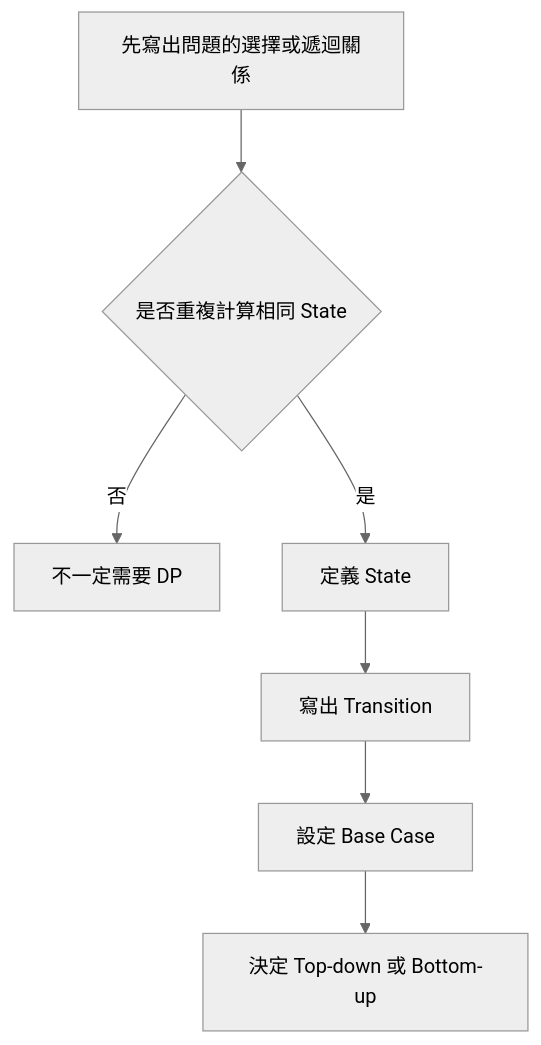
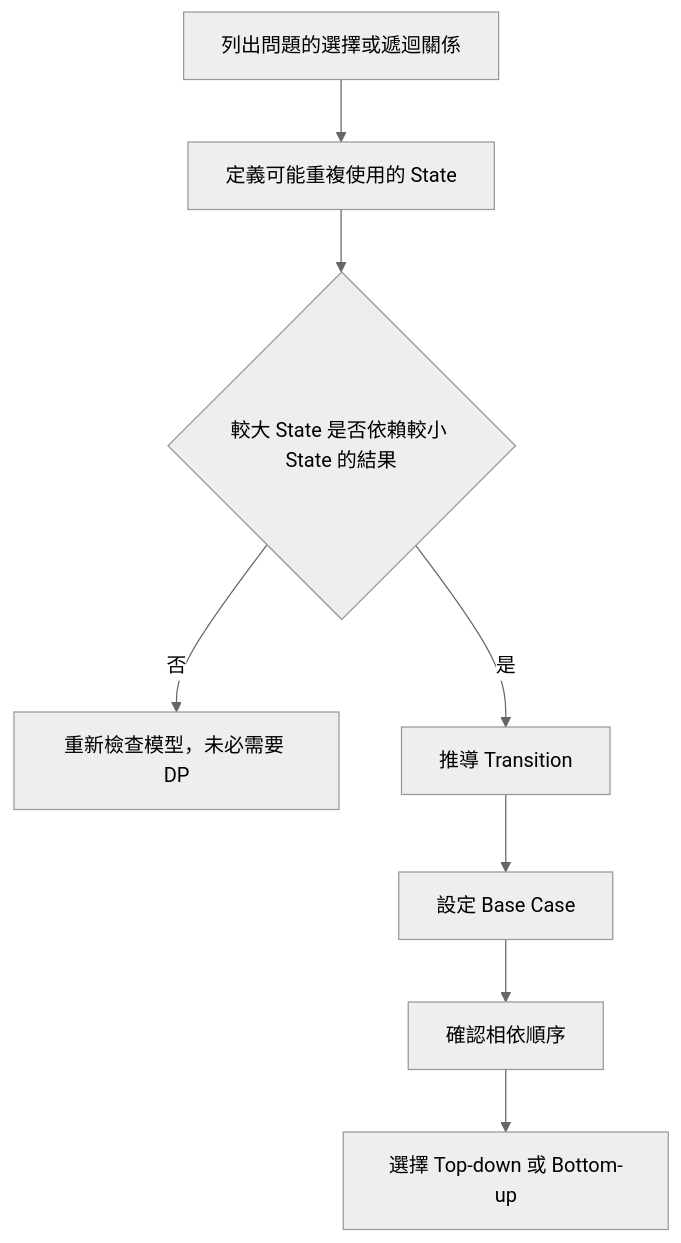
The first of 5 diagrams in 09_dynamic_programming/37_dp_basics.md (davidchen0970/algorithm_note), drawn with Mermaid (neutral theme) before and after one commit. The commit also changed other lines of this file, not shown here.

````diff
--- a/09_dynamic_programming/37_dp_basics.md
+++ b/09_dynamic_programming/37_dp_basics.md
@@ -20,9 +19,10 @@
 ```mermaid
 flowchart TD
-    A["先寫出問題的選擇或遞迴關係"] --> B{"是否重複計算相同 State"}
-    B -->|否| C["不一定需要 DP"]
-    B -->|是| D["定義 State"]
-    D --> E["寫出 Transition"]
+    A["列出問題的選擇或遞迴關係"] --> B["定義可能重複使用的 State"]
+    B --> C{"較大 State 是否依賴較小 State 的結果"}
+    C -->|否| D["重新檢查模型，未必需要 DP"]
+    C -->|是| E["推導 Transition"]
     E --> F["設定 Base Case"]
-    F --> G["決定 Top-down 或 Bottom-up"]
+    F --> G["確認相依順序"]
+    G --> H["選擇 Top-down 或 Bottom-up"]
 ```
````
